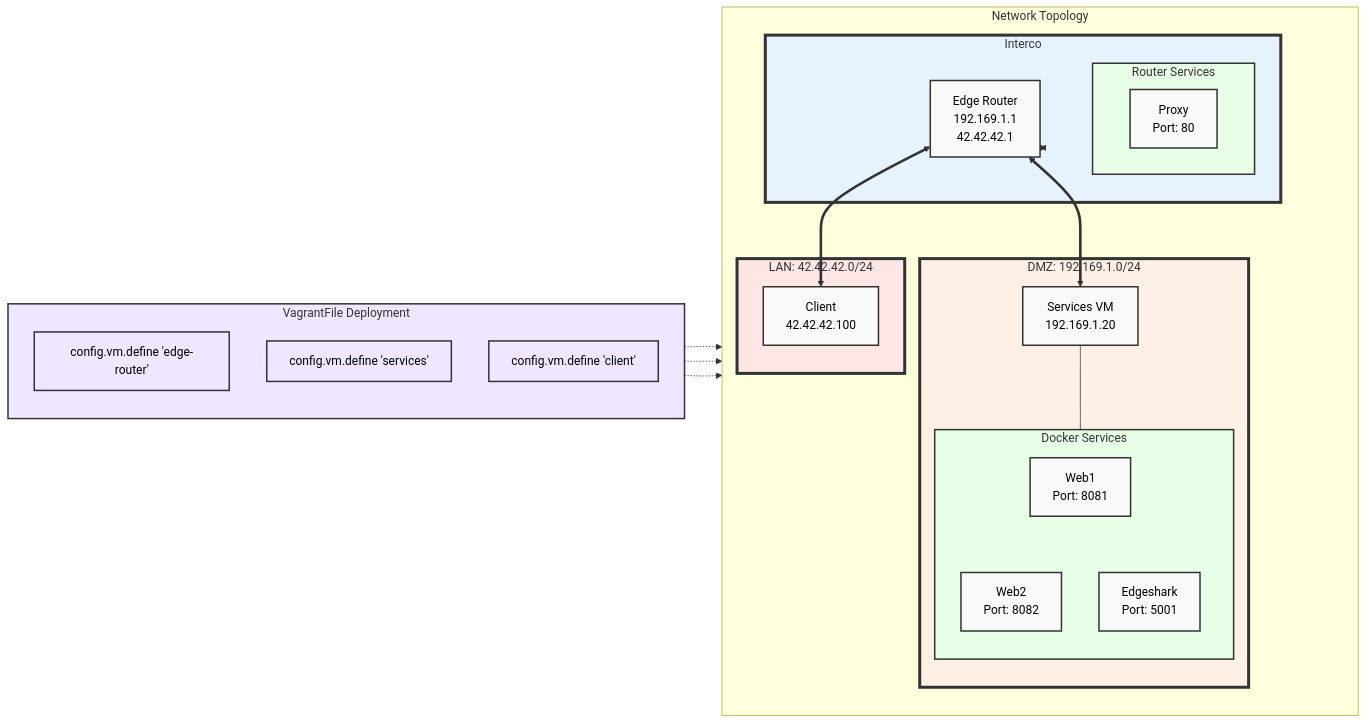
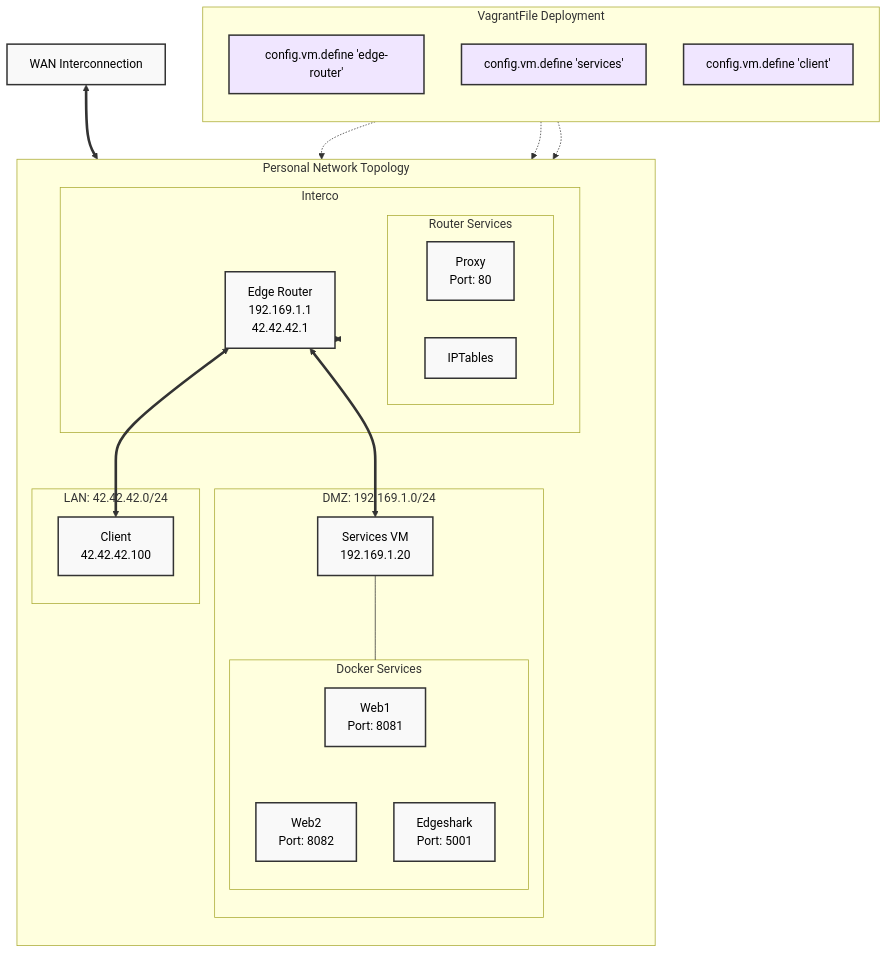
Before and after one commit to P4C-M4N/projet_reseau: the diagram in README.md, drawn with Mermaid.

````diff
--- a/README.md
+++ b/README.md
@@ -41,51 +41,49 @@
 ```mermaid
-graph LR
+graph TB
     subgraph VagrantFile[VagrantFile Deployment]
         direction TB
-        style VagrantFile fill:#f0e6ff,stroke:#333,stroke-width:2px
         VF1["config.vm.define 'edge-router'"]
         VF2["config.vm.define 'services'"]
         VF3["config.vm.define 'client'"]
     end
 
-    subgraph Network[Network Topology]
+    subgraph PersonalNetwork[Personal Network Topology]
         direction TB
         subgraph Interco[Interco]
-            style Interco fill:#e6f3ff,stroke:#333,stroke-width:4px
             EdgeRouter[Edge Router<br>192.169.1.1<br>42.42.42.1]
             subgraph RouterServices[Router Services]
-                style RouterServices fill:#e6ffe6,stroke:#333,stroke-width:2px
                 NginxReverseProxy["Proxy<br>Port: 80"]
+                IPTables["IPTables"]
             end
         end
 
         subgraph DMZ[DMZ: 192.169.1.0/24]
-            style DMZ fill:#fff0e6,stroke:#333,stroke-width:4px
             Services[Services VM<br>192.169.1.20]
             subgraph DockerServices[Docker Services]
-                style DockerServices fill:#e6ffe6,stroke:#333,stroke-width:2px
                 Web1["Web1<br>Port: 8081"]
                 Web2["Web2<br>Port: 8082"]
                 Edgeshark["Edgeshark<br>Port: 5001"]
             end
         end
 
         subgraph LAN[LAN: 42.42.42.0/24]
-            style LAN fill:#ffe6e6,stroke:#333,stroke-width:4px
             Client[Client<br>42.42.42.100]
         end
     end
+
+    WAN[WAN Interconnection]
 
     Interco <==> EdgeRouter
     EdgeRouter <==> Client
     EdgeRouter <==> Services
     Services --- DockerServices
     DockerServices --- Web1 & Web2 & Edgeshark
     VF1 -.-> EdgeRouter
     VF2 -.-> Services
     VF3 -.-> Client
+    WAN <==> EdgeRouter
 
     classDef default fill:#f9f9f9,stroke:#333,stroke-width:2px,color:black;
     classDef vagrantFile fill:#f0e6ff,stroke:#333,stroke-width:2px,color:black;
     class VF1,VF2,VF3 vagrantFile;
 ```
````
